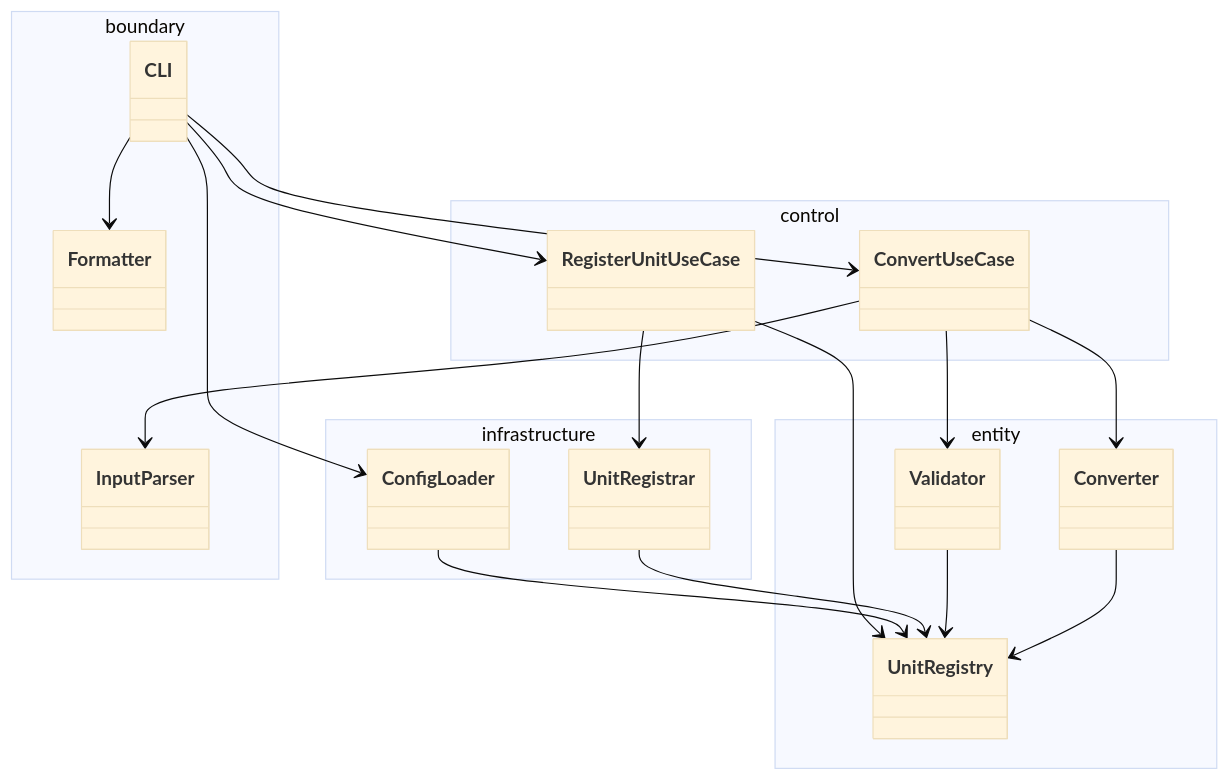
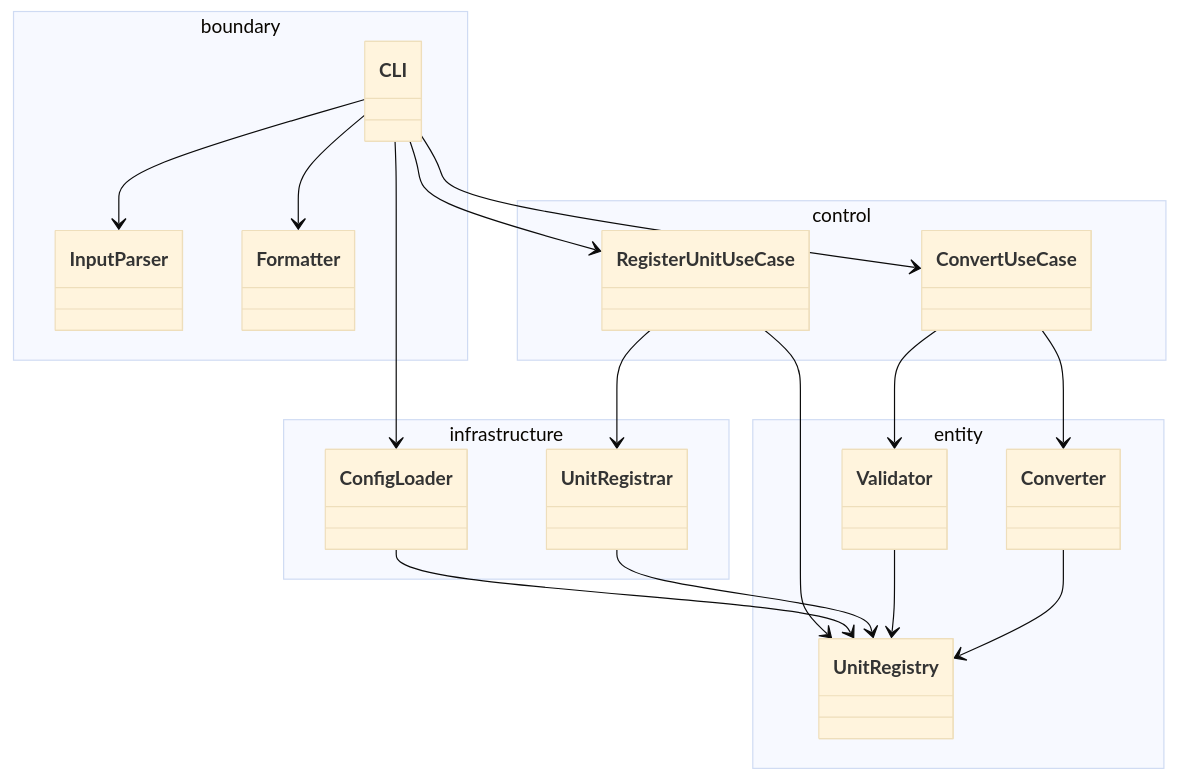
The diagram in docs/spec/08-design-spec.md (mrjini/UnitConverter_14), drawn with Mermaid (base theme) before and after one commit. The commit also changed other lines of this file and 20 other files, not shown here.

````diff
--- a/docs/spec/08-design-spec.md
+++ b/docs/spec/08-design-spec.md
@@ -220,37 +228,37 @@
 ```mermaid
 classDiagram
     direction TB
 
     namespace boundary {
         class CLI
         class InputParser
         class Formatter
     }
     namespace control {
         class ConvertUseCase
         class RegisterUnitUseCase
     }
     namespace entity {
         class Validator
         class UnitRegistry
         class Converter
     }
     namespace infrastructure {
         class ConfigLoader
         class UnitRegistrar
     }
 
+    CLI --> InputParser
     CLI --> ConvertUseCase
     CLI --> Formatter
     CLI --> ConfigLoader
     CLI --> RegisterUnitUseCase
-    ConvertUseCase --> InputParser
     ConvertUseCase --> Validator
     ConvertUseCase --> Converter
     RegisterUnitUseCase --> UnitRegistrar
     RegisterUnitUseCase --> UnitRegistry
     ConfigLoader --> UnitRegistry
     UnitRegistrar --> UnitRegistry
     Validator --> UnitRegistry
     Converter --> UnitRegistry
 ```
````
